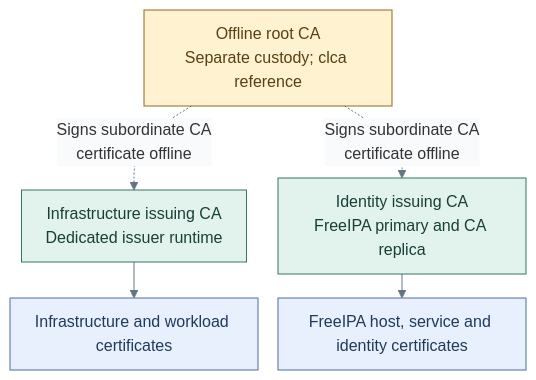
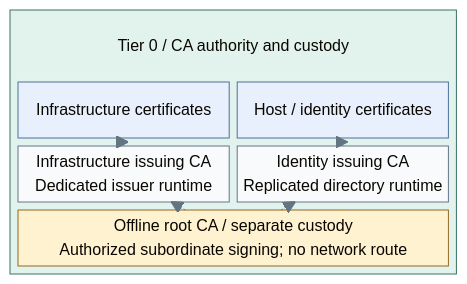
Before and after one commit to Rexus/homelab: the first of 2 diagrams in docs/architecture/cryptography/certificate-authority.md, drawn with Mermaid. The commit also changed other lines of this file and 22 other files, not shown here.

Commit message:
docs(diagrams): clarify tier boundaries and deployment layouts

````diff
--- a/docs/architecture/cryptography/certificate-authority.md
+++ b/docs/architecture/cryptography/certificate-authority.md
@@ -21,20 +25,27 @@
 ```mermaid
 %%{init: {"theme":"base","flowchart":{"nodeSpacing":20,"rankSpacing":24,"padding":12,"subGraphTitleMargin":{"top":4,"bottom":12}},"themeVariables":{"lineColor":"#627581","edgeLabelBackground":"#f8fafc"}}}%%
-flowchart TB
-  Root["Offline root CA<br/>Separate custody; clca reference"]
-  Infrastructure["Infrastructure issuing CA<br/>Dedicated issuer runtime"]
-  Identity["Identity issuing CA<br/>FreeIPA primary and CA replica"]
-  Services["Infrastructure and workload certificates"]
-  Hosts["FreeIPA host, service and identity certificates"]
-  Root -.->|Signs subordinate CA<br/>certificate offline| Infrastructure
-  Root -.->|Signs subordinate CA<br/>certificate offline| Identity
+block-beta
+  columns 1
+  block:T0
+    columns 2
+    T0Title["Tier 0 / CA authority and custody"]:2
+    Services["Infrastructure certificates"]
+    Hosts["Host / identity certificates"]
+    Infrastructure["Infrastructure issuing CA<br/>Dedicated issuer runtime"]
+    Identity["Identity issuing CA<br/>Replicated directory runtime"]
+    Root["Offline root CA / separate custody<br/>Authorized subordinate signing; no network route"]:2
+  end
   Infrastructure --> Services
   Identity --> Hosts
+  Root -.-> Infrastructure
+  Root -.-> Identity
   classDef default fill:#f8fafc,stroke:#64748b,color:#1f2937
+  classDef control fill:#e2f3ed,stroke:#397366,color:#173f36
+  classDef controlHeading fill:#e2f3ed,stroke:#e2f3ed,color:#173f36
   classDef custody fill:#fff2d1,stroke:#926820,color:#584013
-  classDef control fill:#e2f3ed,stroke:#397366,color:#173f36
   classDef services fill:#e7f0fc,stroke:#4d719b,color:#203a5b
+  class T0 control
+  class T0Title controlHeading
   class Root custody
-  class Infrastructure,Identity control
   class Services,Hosts services
 ```
````
